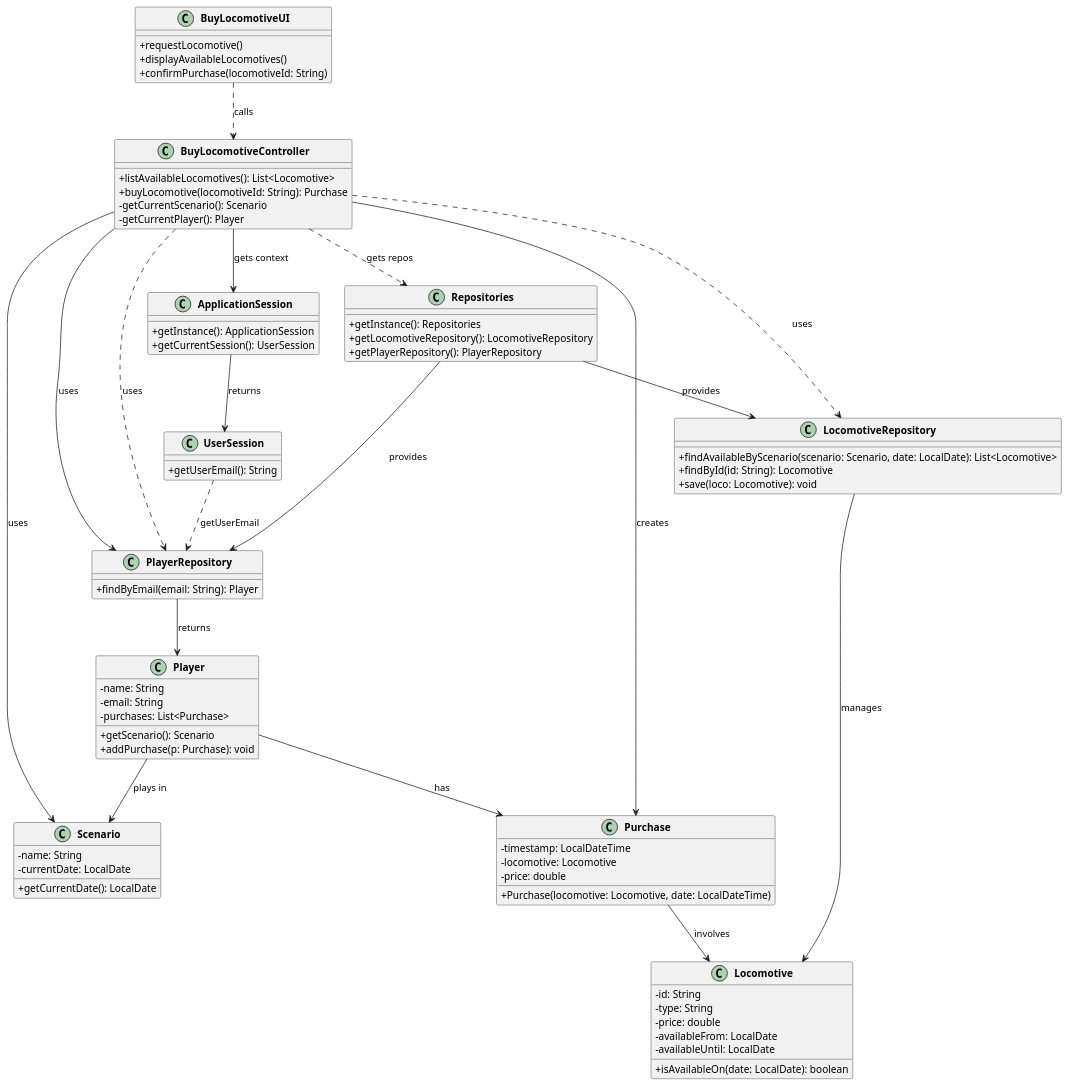
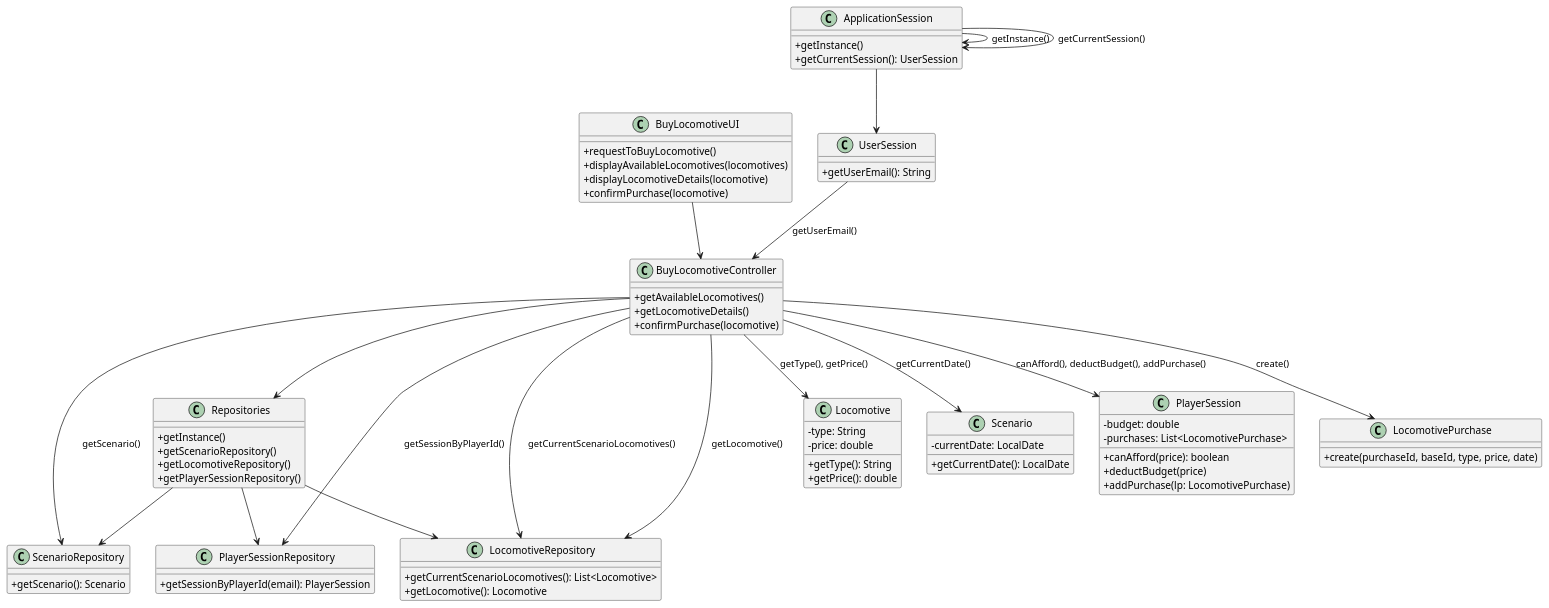
The diagram in Sprint2/US09/03.design/puml/US09-CD.puml (Andremonteiro1240850/railway_simulator), drawn with PlantUML before and after one commit. The commit also changed 11 other files, not shown here.

```diff
--- a/Sprint2/US09/03.design/puml/US09-CD.puml
+++ b/Sprint2/US09/03.design/puml/US09-CD.puml
@@ -1,106 +1,92 @@
 @startuml
-' Estilo visual
 skinparam classAttributeIconSize 0
-skinparam classFontStyle bold
 
-' === UI Layer ===
+' ===== CLASSES DO CASO DE USO PRINCIPAL =====
+
 class BuyLocomotiveUI {
-    +requestLocomotive()
-    +displayAvailableLocomotives()
-    +confirmPurchase(locomotiveId: String)
+  +requestToBuyLocomotive()
+  +displayAvailableLocomotives(locomotives)
+  +displayLocomotiveDetails(locomotive)
+  +confirmPurchase(locomotive)
 }
 
-' === Controller Layer ===
 class BuyLocomotiveController {
-    +listAvailableLocomotives(): List<Locomotive>
-    +buyLocomotive(locomotiveId: String): Purchase
-    -getCurrentScenario(): Scenario
-    -getCurrentPlayer(): Player
+  +getAvailableLocomotives()
+  +getLocomotiveDetails()
+  +confirmPurchase(locomotive)
 }
 
-' === Session Layer ===
+class Repositories {
+  +getInstance()
+  +getScenarioRepository()
+  +getLocomotiveRepository()
+  +getPlayerSessionRepository()
+}
+
+class ScenarioRepository {
+  +getScenario(): Scenario
+}
+
+class LocomotiveRepository {
+  +getCurrentScenarioLocomotives(): List<Locomotive>
+  +getLocomotive(): Locomotive
+}
+
+class PlayerSessionRepository {
+  +getSessionByPlayerId(email): PlayerSession
+}
+
+class Locomotive {
+  -type: String
+  -price: double
+  +getType(): String
+  +getPrice(): double
+}
+
+class Scenario {
+  -currentDate: LocalDate
+  +getCurrentDate(): LocalDate
+}
+
+class PlayerSession {
+  -budget: double
+  -purchases: List<LocomotivePurchase>
+  +canAfford(price): boolean
+  +deductBudget(price)
+  +addPurchase(lp: LocomotivePurchase)
+}
+
+class LocomotivePurchase {
+  +create(purchaseId, baseId, type, price, date)
+}
+
 class ApplicationSession {
-    +getInstance(): ApplicationSession
-    +getCurrentSession(): UserSession
+  +getInstance()
+  +getCurrentSession(): UserSession
 }
 
 class UserSession {
-    +getUserEmail(): String
+  +getUserEmail(): String
 }
 
-' === Repository Layer ===
-class Repositories {
-    +getInstance(): Repositories
-    +getLocomotiveRepository(): LocomotiveRepository
-    +getPlayerRepository(): PlayerRepository
-}
+' ===== RELAÇÕES ENTRE CLASSES =====
 
-class LocomotiveRepository {
-    +findAvailableByScenario(scenario: Scenario, date: LocalDate): List<Locomotive>
-    +findById(id: String): Locomotive
-    +save(loco: Locomotive): void
-}
-
-class PlayerRepository {
-    +findByEmail(email: String): Player
-}
-
-' === Domain Layer ===
-class Player {
-    -name: String
-    -email: String
-    -purchases: List<Purchase>
-    +getScenario(): Scenario
-    +addPurchase(p: Purchase): void
-}
-
-class Scenario {
-    -name: String
-    -currentDate: LocalDate
-    +getCurrentDate(): LocalDate
-}
-
-class Locomotive {
-    -id: String
-    -type: String
-    -price: double
-    -availableFrom: LocalDate
-    -availableUntil: LocalDate
-    +isAvailableOn(date: LocalDate): boolean
-}
-
-class Purchase {
-    -timestamp: LocalDateTime
-    -locomotive: Locomotive
-    -price: double
-    +Purchase(locomotive: Locomotive, date: LocalDateTime)
-}
-
-' === Relações ===
-BuyLocomotiveUI ..> BuyLocomotiveController : calls
-BuyLocomotiveController ..> LocomotiveRepository : uses
-BuyLocomotiveController --> PlayerRepository : uses
-BuyLocomotiveController --> Scenario : uses
-BuyLocomotiveController --> Purchase : creates
-BuyLocomotiveController --> ApplicationSession : gets context
-
-ApplicationSession --> UserSession : returns
-UserSession ..> PlayerRepository : getUserEmail
-PlayerRepository --> Player : returns
-
-Player --> Scenario : plays in
-Player --> Purchase : has
-Purchase --> Locomotive : involves
-
-LocomotiveRepository --> Locomotive : manages
-
-BuyLocomotiveController ..> Repositories : gets repos
-
-Repositories --> LocomotiveRepository : provides
-Repositories --> PlayerRepository : provides
-
-
-BuyLocomotiveController ..> PlayerRepository : uses
-
+BuyLocomotiveUI --> BuyLocomotiveController
+BuyLocomotiveController --> Repositories
+Repositories --> ScenarioRepository
+Repositories --> LocomotiveRepository
+Repositories --> PlayerSessionRepository
+BuyLocomotiveController --> ScenarioRepository : getScenario()
+BuyLocomotiveController --> LocomotiveRepository : getCurrentScenarioLocomotives()
+BuyLocomotiveController --> LocomotiveRepository : getLocomotive()
+BuyLocomotiveController --> PlayerSessionRepository : getSessionByPlayerId()
+BuyLocomotiveController --> Scenario : getCurrentDate()
+BuyLocomotiveController --> PlayerSession : canAfford(), deductBudget(), addPurchase()
+BuyLocomotiveController --> Locomotive : getType(), getPrice()
+BuyLocomotiveController --> LocomotivePurchase : create()
+ApplicationSession --> UserSession
+ApplicationSession --> ApplicationSession : getInstance()
+ApplicationSession --> ApplicationSession : getCurrentSession()
+UserSession --> BuyLocomotiveController : getUserEmail()
 
 @enduml
```
